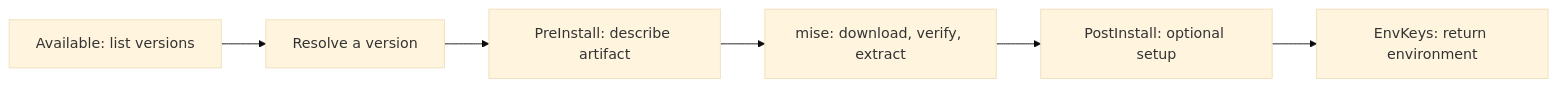
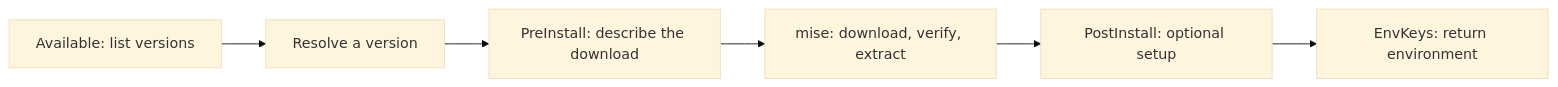
Before and after one commit to jdx/mise: the diagram in docs/tool-plugin-development.md, drawn with Mermaid (base theme). The commit also changed other lines of this file and 390 other files, not shown here.

````diff
--- a/docs/tool-plugin-development.md
+++ b/docs/tool-plugin-development.md
@@ -28,8 +161,8 @@
 ```mermaid
 flowchart LR
     A[Available: list versions] --> B[Resolve a version]
-    B --> C[PreInstall: describe artifact]
+    B --> C[PreInstall: describe the download]
     C --> D[mise: download, verify, extract]
     D --> E[PostInstall: optional setup]
     E --> F[EnvKeys: return environment]
 ```
````
